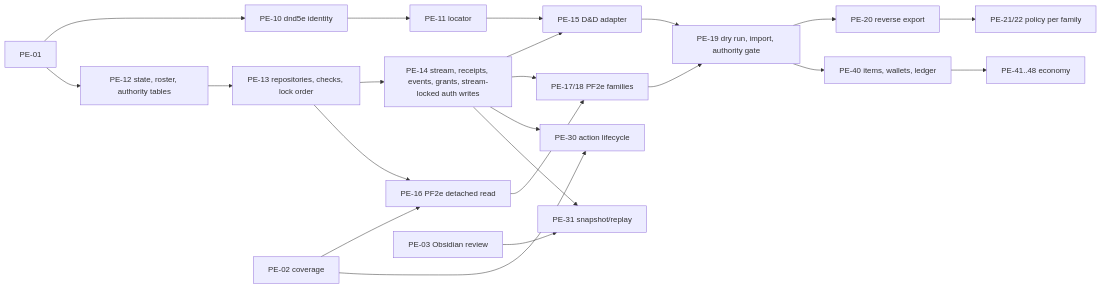
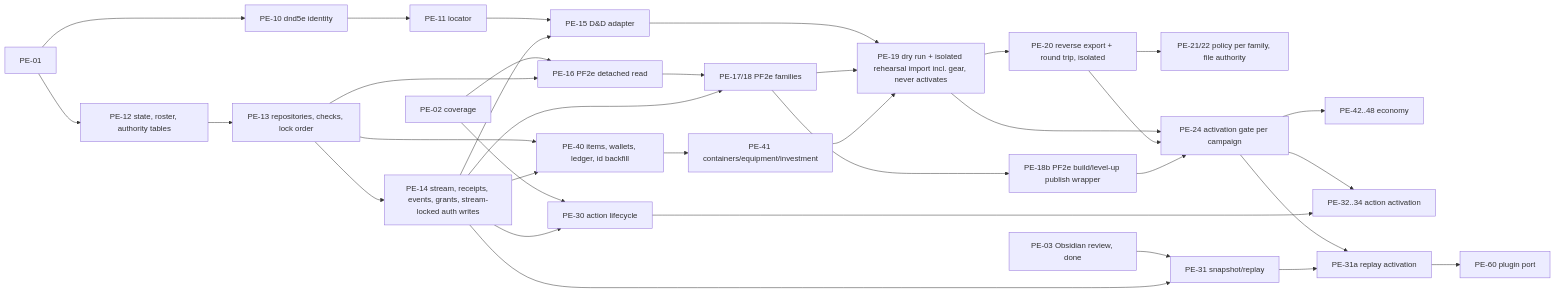
The diagram in docs/player-release/state-command-contract.md (etamd17/GM_pf2e), drawn with Mermaid before and after one commit. The commit also changed other lines of this file and 2 other files, not shown here.

First line of the commit message:
docs(PE-01): revise contract for Codex review, return for re-review

````diff
--- a/docs/player-release/state-command-contract.md
+++ b/docs/player-release/state-command-contract.md
@@ -651,15 +902,20 @@
 ```mermaid
 flowchart LR
   PE01[PE-01] --> PE10[PE-10 dnd5e identity] --> PE11[PE-11 locator]
   PE01 --> PE12[PE-12 state, roster, authority tables] --> PE13[PE-13 repositories, checks, lock order]
   PE13 --> PE14[PE-14 stream, receipts, events, grants, stream-locked auth writes]
   PE11 & PE14 --> PE15[PE-15 D&D adapter]
   PE02[PE-02 coverage] --> PE16
   PE13 --> PE16[PE-16 PF2e detached read] --> PE17[PE-17/18 PF2e families]
   PE14 --> PE17
-  PE15 & PE17 --> PE19[PE-19 dry run, import, authority gate] --> PE20[PE-20 reverse export]
-  PE20 --> PE21[PE-21/22 policy per family]
+  PE17 --> PE18b[PE-18b PF2e build/level-up publish wrapper]
+  PE13 & PE14 --> PE40[PE-40 items, wallets, ledger, id backfill] --> PE41[PE-41 containers/equipment/investment]
+  PE15 & PE17 & PE41 --> PE19[PE-19 dry run + isolated rehearsal import incl. gear, never activates] --> PE20[PE-20 reverse export + round trip, isolated]
+  PE20 --> PE21[PE-21/22 policy per family, file authority]
+  PE19 & PE20 & PE18b --> PE24[PE-24 activation gate per campaign]
   PE02 & PE14 --> PE30[PE-30 action lifecycle]
-  PE03[PE-03 Obsidian review] & PE14 --> PE31[PE-31 snapshot/replay]
-  PE19 --> PE40[PE-40 items, wallets, ledger] --> PE42[PE-41..48 economy]
+  PE03[PE-03 Obsidian review, done] & PE14 --> PE31[PE-31 snapshot/replay]
+  PE24 --> PE42[PE-42..48 economy]
+  PE24 & PE30 --> PE32[PE-32..34 action activation]
+  PE24 & PE31 --> PE31a[PE-31a replay activation] --> PE60[PE-60 plugin port]
 ```
````
